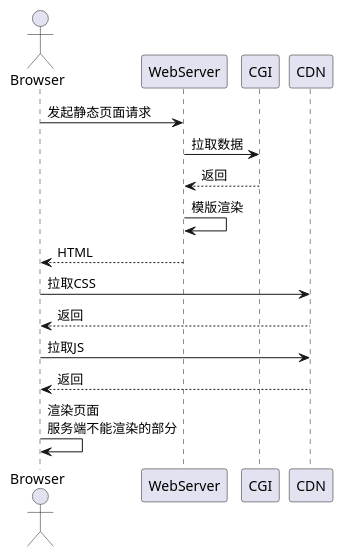
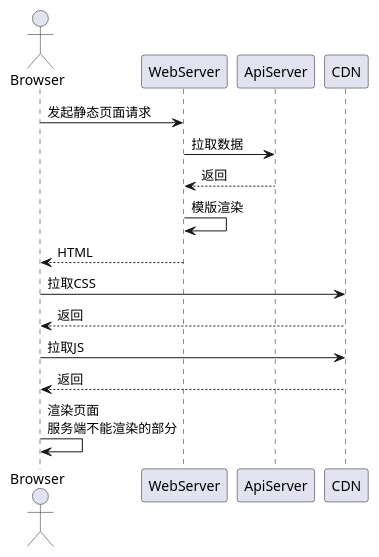
One commit to bingqichen/cnode-react changed the third of 3 diagrams in docs/服务端渲染.md. Above: the diagram before and after it, drawn with PlantUML. The commit also changed other lines of this file and 7 other files, not shown here.

````diff
--- a/docs/服务端渲染.md
+++ b/docs/服务端渲染.md
@@ -62,15 +62,15 @@
 ```plantuml
 @startuml
 actor Browser
 Browser -> WebServer: 发起静态页面请求
-WebServer -> CGI: 拉取数据
-WebServer <-- CGI: 返回
+WebServer -> ApiServer: 拉取数据
+WebServer <-- ApiServer: 返回
 WebServer -> WebServer: 模版渲染
 Browser <-- WebServer: HTML
 Browser -> CDN: 拉取CSS
 Browser <-- CDN: 返回
 Browser -> CDN: 拉取JS
 Browser <-- CDN: 返回
 Browser -> Browser: 渲染页面\n服务端不能渲染的部分
 @enduml
 ```
````
